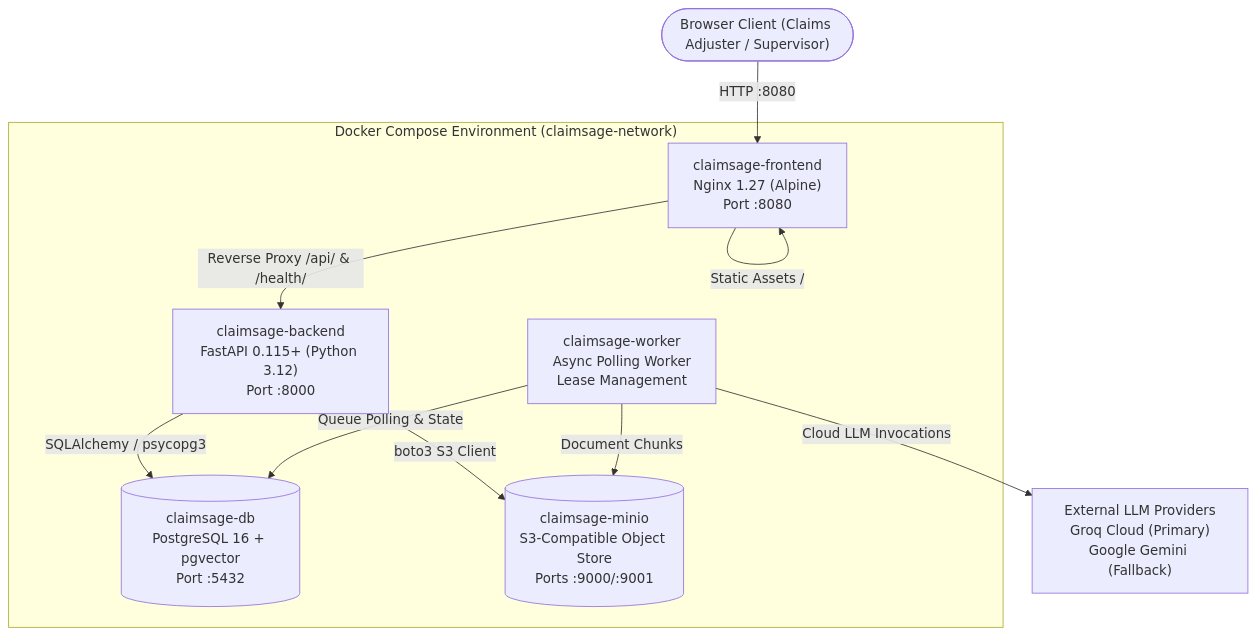
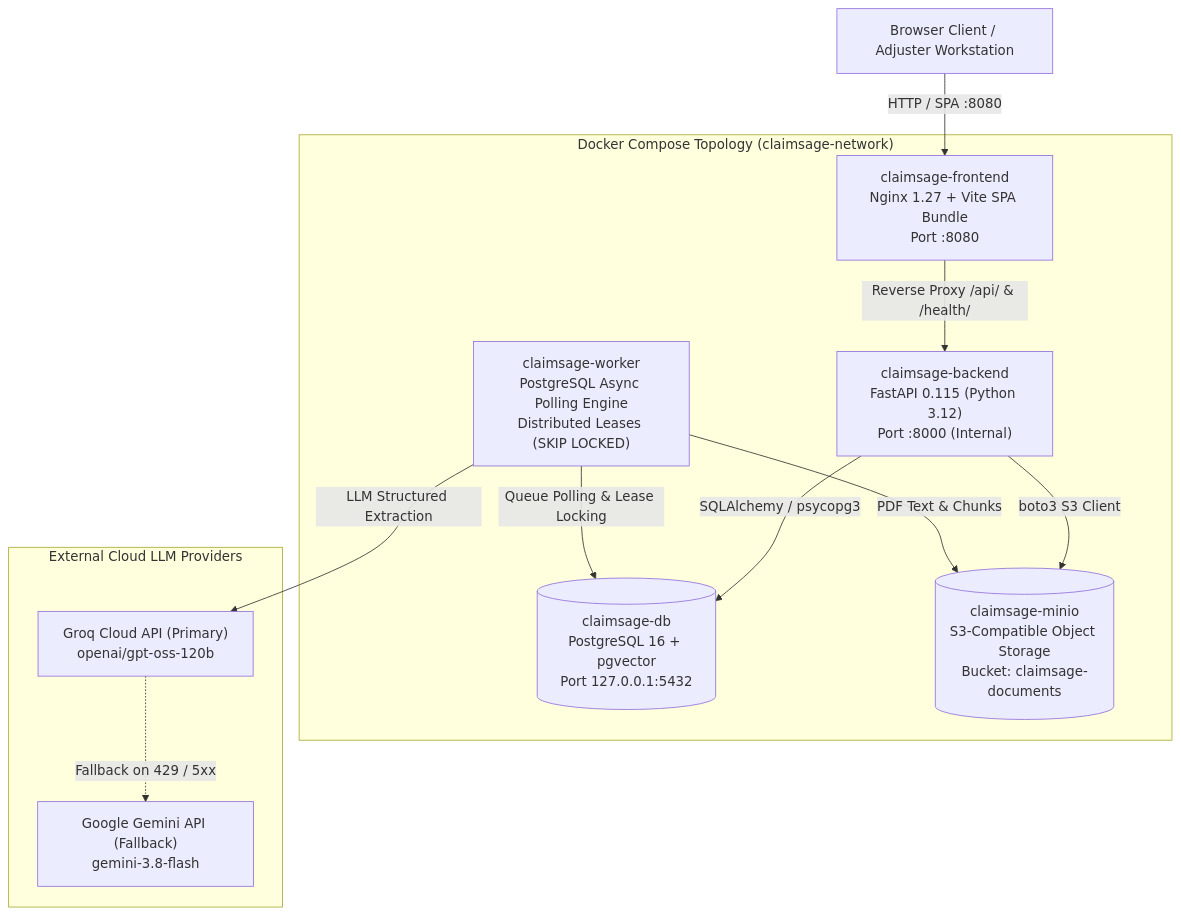
One commit to Sumeet2005/ClaimSage-v2 changed the first of 4 diagrams in docs/ARCHITECTURE.md. Above: the diagram before and after it, drawn with Mermaid. The commit also changed other lines of this file and 47 other files, not shown here.

````diff
--- a/docs/ARCHITECTURE.md
+++ b/docs/ARCHITECTURE.md
@@ -9,21 +11,26 @@
 ```mermaid
 flowchart TD
-    Client(["Browser Client (Claims Adjuster / Supervisor)"])
+    Client["Browser Client / Adjuster Workstation"]
     
-    subgraph DockerHost ["Docker Compose Environment (claimsage-network)"]
-        Nginx["claimsage-frontend\nNginx 1.27 (Alpine)\nPort :8080"]
-        API["claimsage-backend\nFastAPI 0.115+ (Python 3.12)\nPort :8000"]
-        Worker["claimsage-worker\nAsync Polling Worker\nLease Management"]
-        DB[("claimsage-db\nPostgreSQL 16 + pgvector\nPort :5432")]
-        MinIO[("claimsage-minio\nS3-Compatible Object Store\nPorts :9000/:9001")]
+    subgraph Host ["Docker Compose Topology (claimsage-network)"]
+        Frontend["claimsage-frontend\nNginx 1.27 + Vite SPA Bundle\nPort :8080"]
+        Backend["claimsage-backend\nFastAPI 0.115 (Python 3.12)\nPort :8000 (Internal)"]
+        Worker["claimsage-worker\nPostgreSQL Async Polling Engine\nDistributed Leases (SKIP LOCKED)"]
+        DB[("claimsage-db\nPostgreSQL 16 + pgvector\nPort 127.0.0.1:5432")]
+        MinIO[("claimsage-minio\nS3-Compatible Object Storage\nBucket: claimsage-documents")]
     end
 
-    Client -->|HTTP :8080| Nginx
-    Nginx -->|Static Assets /| Nginx
-    Nginx -->|Reverse Proxy /api/ & /health/| API
-    API -->|SQLAlchemy / psycopg3| DB
-    API -->|boto3 S3 Client| MinIO
-    Worker -->|Queue Polling & State| DB
-    Worker -->|Document Chunks| MinIO
-    Worker -->|Cloud LLM Invocations| CloudLLM["External LLM Providers\nGroq Cloud (Primary)\nGoogle Gemini (Fallback)"]
+    subgraph External ["External Cloud LLM Providers"]
+        Groq["Groq Cloud API (Primary)\nopenai/gpt-oss-120b"]
+        Gemini["Google Gemini API (Fallback)\ngemini-3.8-flash"]
+    end
+
+    Client -->|HTTP / SPA :8080| Frontend
+    Frontend -->|Reverse Proxy /api/ & /health/| Backend
+    Backend -->|SQLAlchemy / psycopg3| DB
+    Backend -->|boto3 S3 Client| MinIO
+    Worker -->|Queue Polling & Lease Locking| DB
+    Worker -->|PDF Text & Chunks| MinIO
+    Worker -->|LLM Structured Extraction| Groq
+    Groq -.->|Fallback on 429 / 5xx| Gemini
 ```
````
